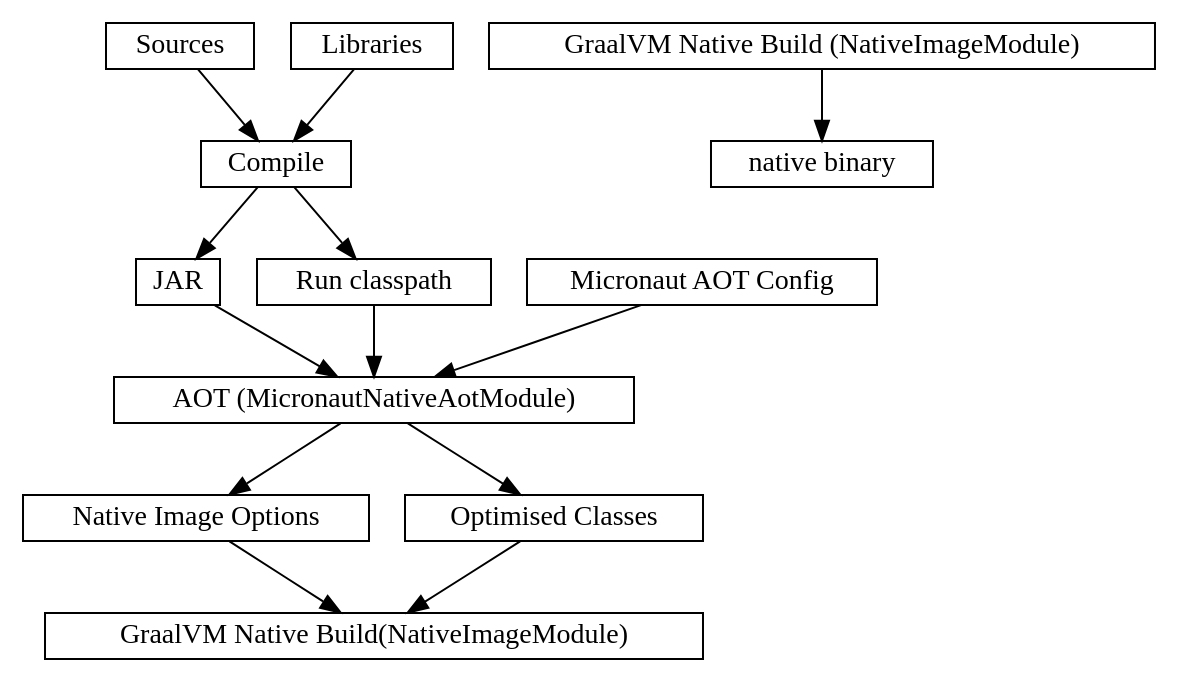
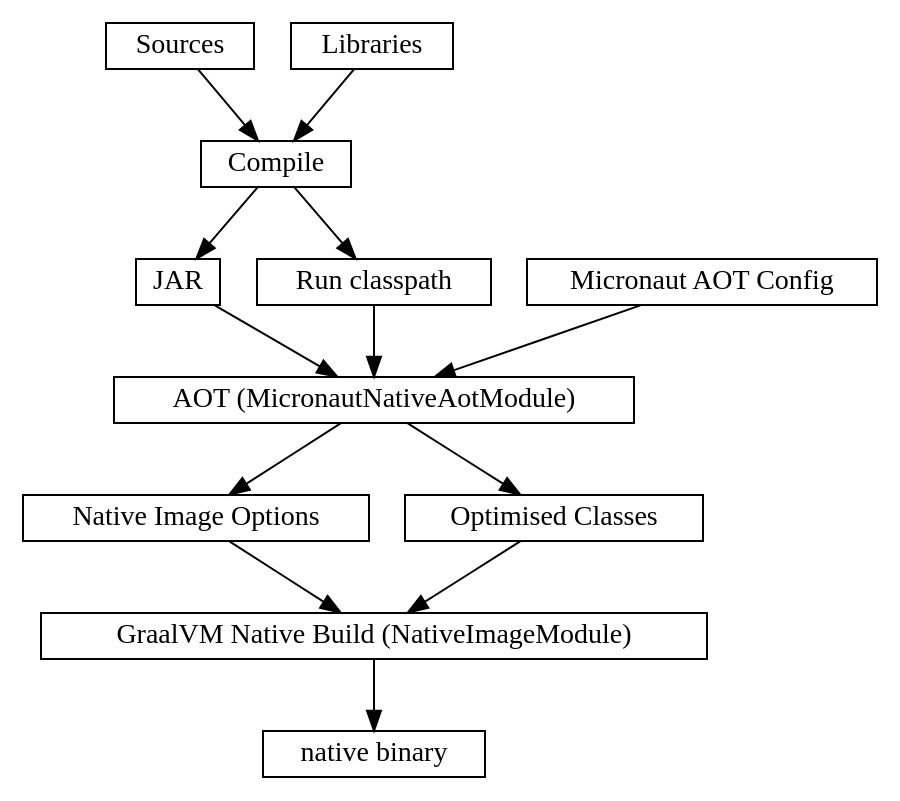
Before and after one commit to com-lihaoyi/mill: the second of 3 diagrams in website/blog/modules/ROOT/pages/20-quarkus-spring-micronaut-with-mill.adoc, drawn with Graphviz.

Commit message:
Fix diagram ref

```diff
--- a/website/blog/modules/ROOT/pages/20-quarkus-spring-micronaut-with-mill.adoc
+++ b/website/blog/modules/ROOT/pages/20-quarkus-spring-micronaut-with-mill.adoc
@@ -194,20 +194,20 @@
 [graphviz]
 ....
 digraph MicronautNative {
   rankdir=TB
   node [shape=box width=0 height=0]
 
   "Sources" -> "Compile"
   "Libraries" -> "Compile"
   "Compile" -> "JAR"
   "Compile" -> "Run classpath"
   "JAR" -> "AOT (MicronautNativeAotModule)"
   "Run classpath" -> "AOT (MicronautNativeAotModule)"
   "Micronaut AOT Config" -> "AOT (MicronautNativeAotModule)"
   "AOT (MicronautNativeAotModule)" -> "Native Image Options"
   "AOT (MicronautNativeAotModule)" -> "Optimised Classes"
-  "Native Image Options" -> "GraalVM Native Build(NativeImageModule)"
-  "Optimised Classes" -> "GraalVM Native Build(NativeImageModule)"
+  "Native Image Options" -> "GraalVM Native Build (NativeImageModule)"
+  "Optimised Classes" -> "GraalVM Native Build (NativeImageModule)"
   "GraalVM Native Build (NativeImageModule)" -> "native binary"
 }
 ....
```
